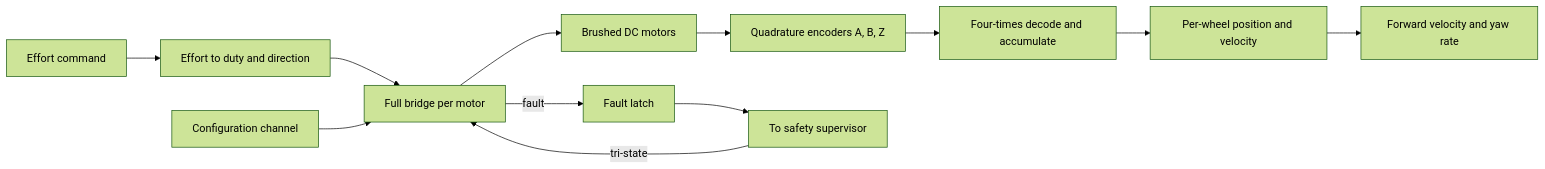
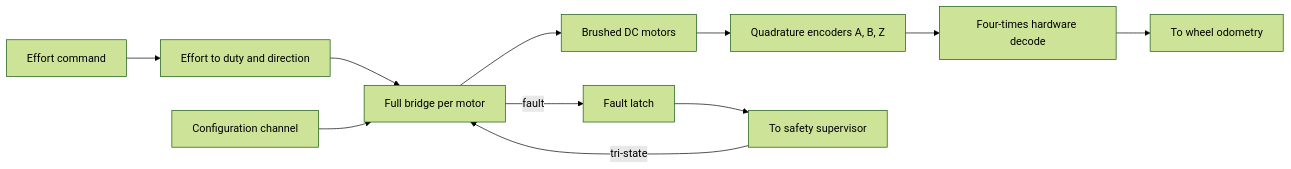
Before and after one commit to embedded-pro/e-Inverted-pendulum-bot: the fourth of 4 diagrams in documentation/design/motion-actuation.md, drawn with Mermaid (forest theme). The commit also changed other lines of this file and 23 other files, not shown here.

First line of the commit message:
feat(odometry): accumulate wheel position and derive chassis motion (#11)

````diff
--- a/documentation/design/motion-actuation.md
+++ b/documentation/design/motion-actuation.md
@@ -261,14 +250,13 @@
 ```mermaid
 graph LR
     EFFORT[Effort command] --> MAP[Effort to duty and direction]
     MAP --> BRIDGE[Full bridge per motor]
     BRIDGE --> MOTOR[Brushed DC motors]
     MOTOR --> ENC[Quadrature encoders A, B, Z]
-    ENC --> DEC[Four-times decode and accumulate]
-    DEC --> WHEEL[Per-wheel position and velocity]
-    WHEEL --> CHASSIS[Forward velocity and yaw rate]
+    ENC --> DEC[Four-times hardware decode]
+    DEC --> ODOM[To wheel odometry]
     CFG[Configuration channel] --> BRIDGE
     BRIDGE -->|fault| LATCH[Fault latch]
     LATCH --> SUP[To safety supervisor]
     SUP -->|tri-state| BRIDGE
 ```
````
